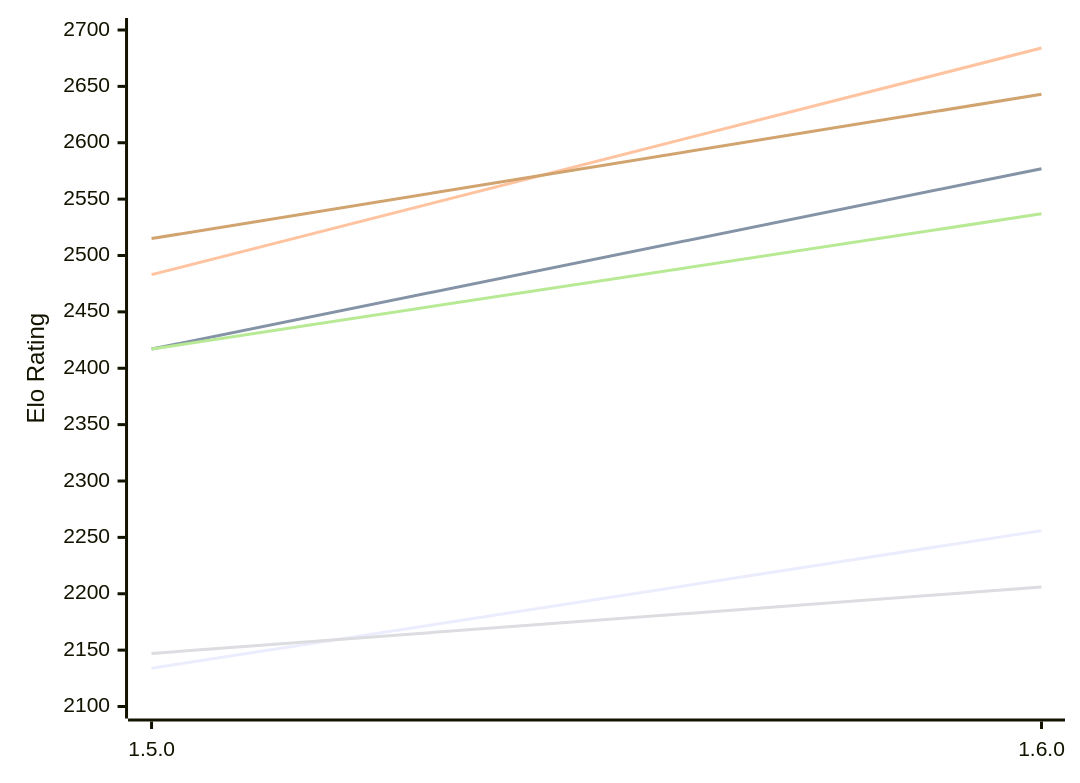
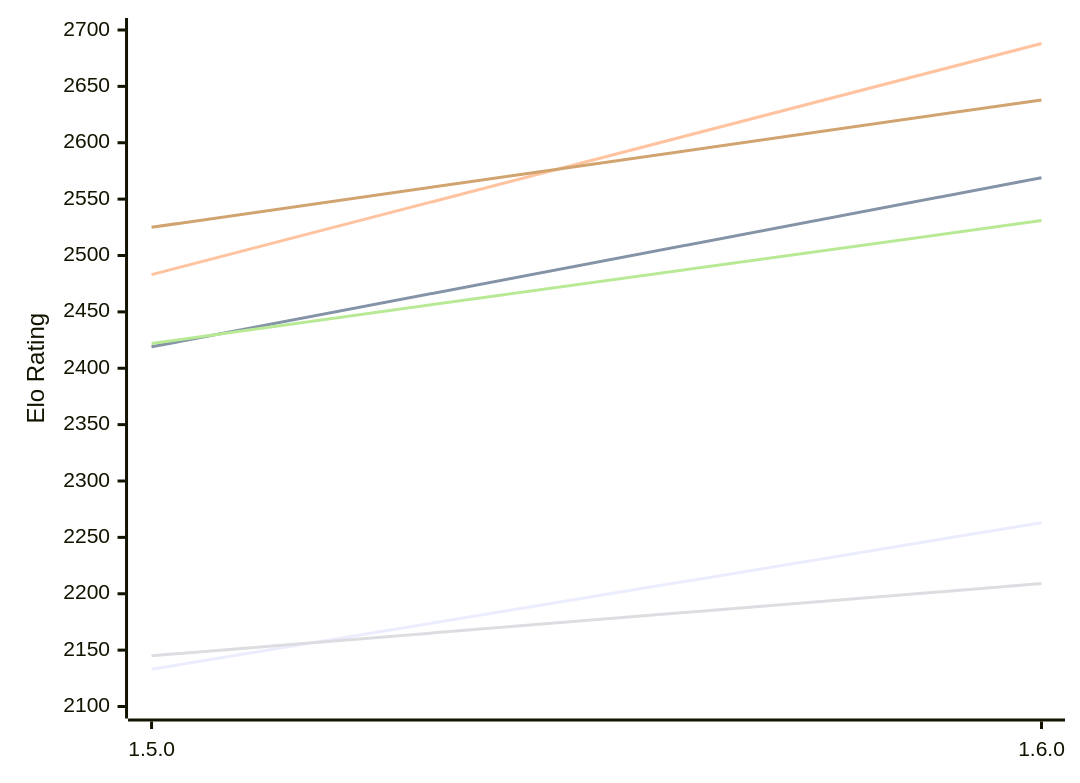
One commit to computer-chess-index/cci changed the first of 2 diagrams in engines/Tofiks.md. Above: the diagram before and after it, drawn with Mermaid. The commit also changed other lines of this file, not shown here.

Commit message:
Update CCI Ratings (ELO VLTC) - 2026-11-17

````diff
--- a/engines/Tofiks.md
+++ b/engines/Tofiks.md
@@ -51,12 +51,12 @@
 ```mermaid
 %%{init: {"theme":"base","themeVariables":{"seriesColors:['#a3a3a3','#222221','#faa371']}}}%%
 xychart-beta
   x-axis ["1.5.0", "1.6.0"]
   y-axis "Elo Rating" 2100 --> 2700
-  line "E1: STC (8.0+0.08s)" [2134, 2256]
-  line "E1: LTC (60.0+0.60s)" [2417, 2577]
-  line "E1: VLTC (2m24s+1.12s)" [2483, 2684]
-  line "P1: STC (8.0+0.08s)" [2147, 2206]
-  line "P1: LTC (60.0+0.60s)" [2417, 2537]
-  line "P1: VLTC (2m24s+1.12s)" [2515, 2643]
+  line "E1: STC (8.0+0.08s)" [2133, 2263]
+  line "E1: LTC (60.0+0.60s)" [2419, 2569]
+  line "E1: VLTC (2m24s+1.12s)" [2483, 2688]
+  line "P1: STC (8.0+0.08s)" [2145, 2209]
+  line "P1: LTC (60.0+0.60s)" [2422, 2531]
+  line "P1: VLTC (2m24s+1.12s)" [2525, 2638]
 ```
````
